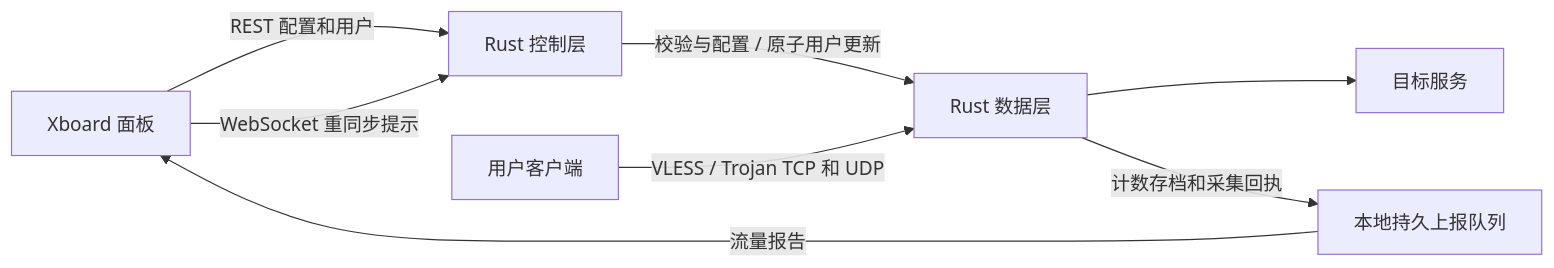
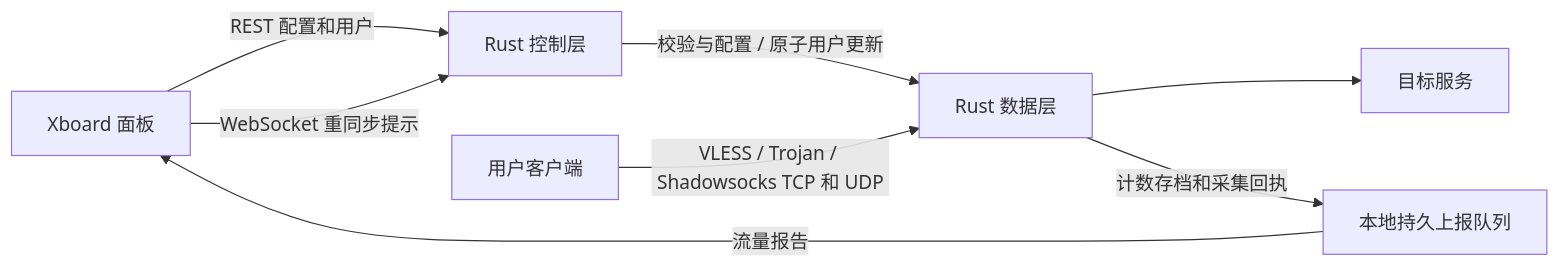
Before and after one commit to kejixiaoqi666/xboard-node-rust: the diagram in README.md, drawn with Mermaid. The commit also changed other lines of this file and 84 other files, not shown here.

Commit message:
Add native Shadowsocks TCP and UDP with bounded replay and hot users

````diff
--- a/README.md
+++ b/README.md
@@ -18,10 +18,10 @@
 ```mermaid
 flowchart LR
   P[Xboard 面板] -->|REST 配置和用户| C[Rust 控制层]
   P -->|WebSocket 重同步提示| C
   C -->|校验与配置 / 原子用户更新| N[Rust 数据层]
-  U[用户客户端] -->|VLESS / Trojan TCP 和 UDP| N
+  U[用户客户端] -->|VLESS / Trojan / Shadowsocks TCP 和 UDP| N
   N --> T[目标服务]
   N -->|计数存档和采集回执| Q[本地持久上报队列]
   Q -->|流量报告| P
 ```
````
